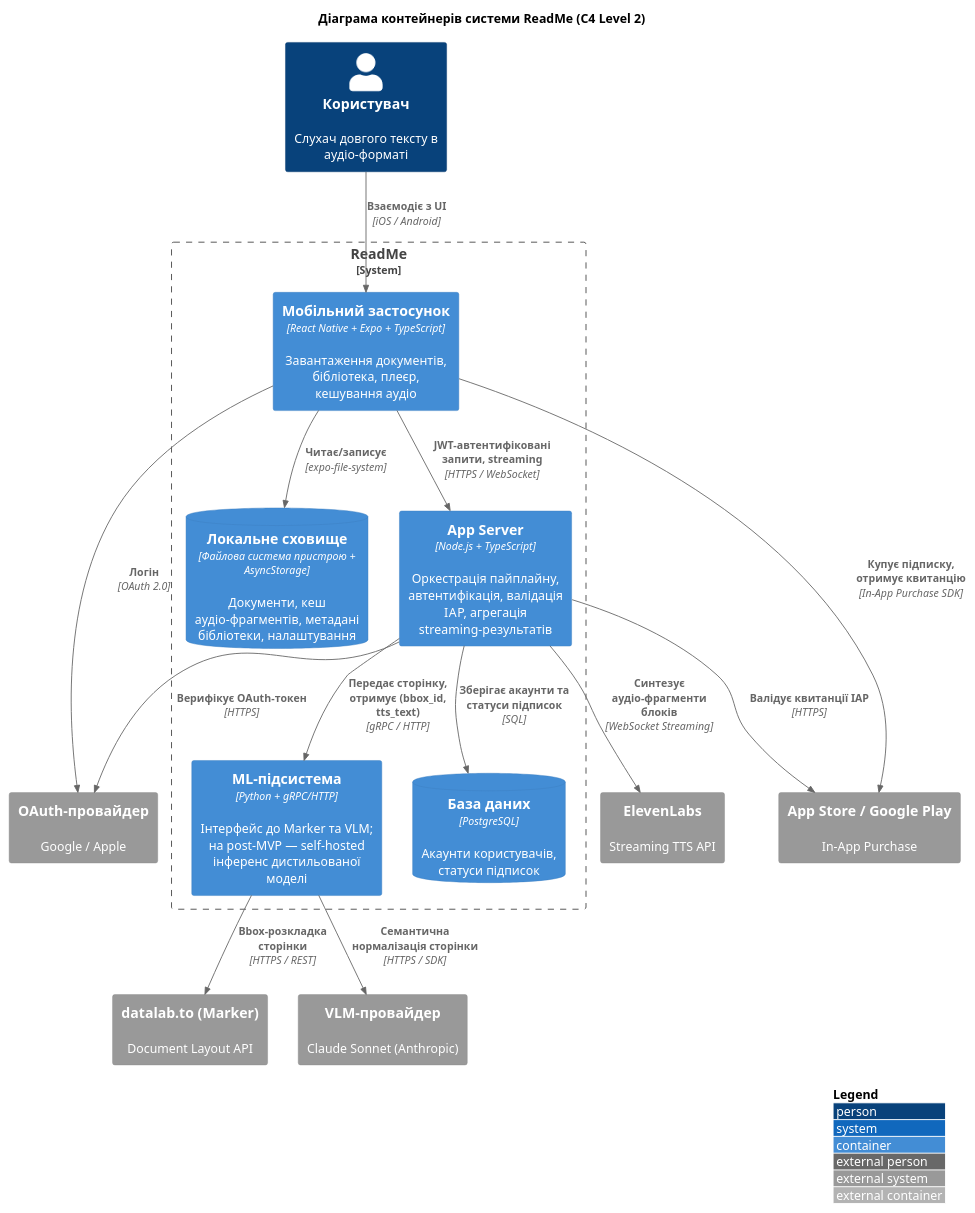
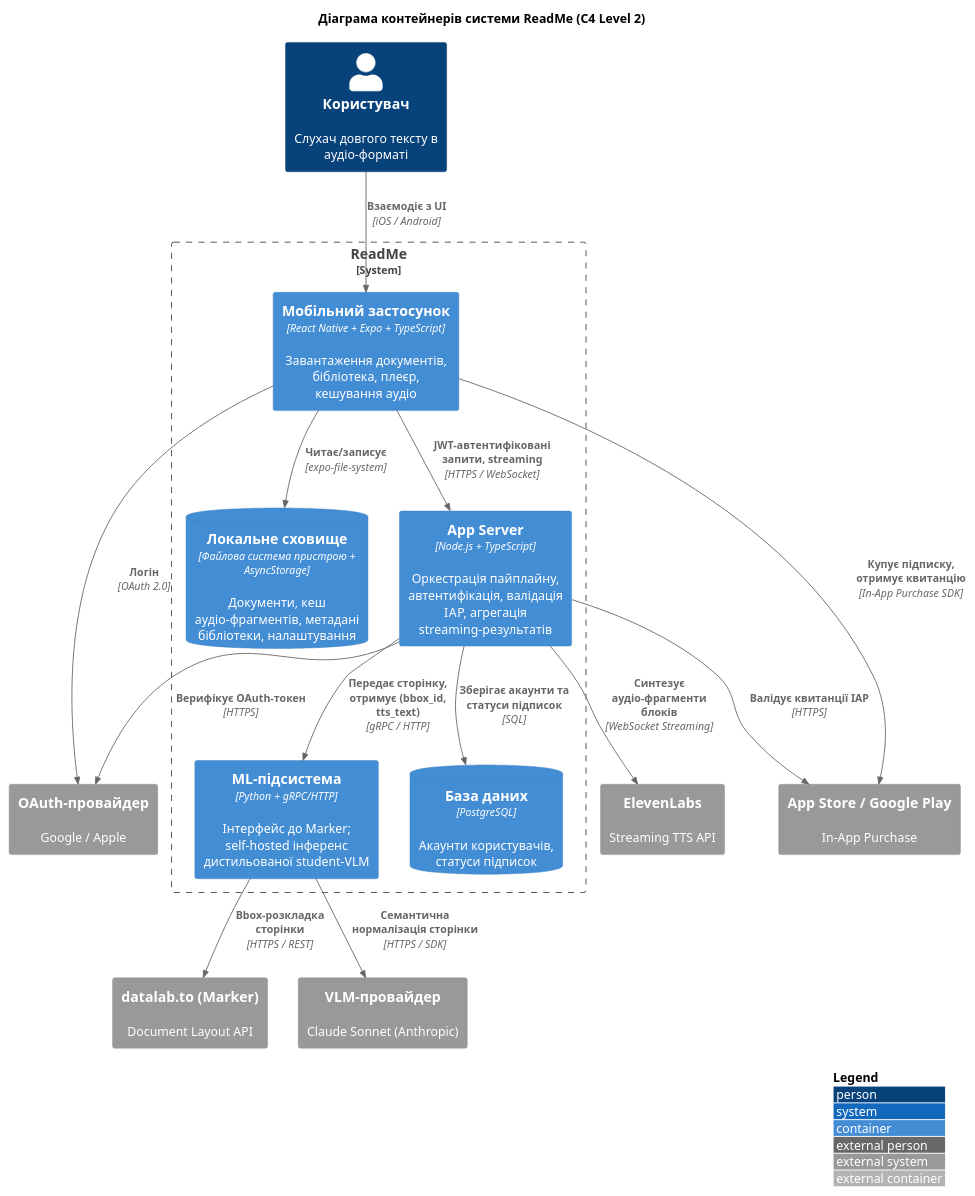
The diagram in docs/paper/assets/c4-l2.puml (Papsanly/readme), drawn with PlantUML before and after one commit. The commit also changed 5 other files, not shown here.

```diff
--- a/docs/paper/assets/c4-l2.puml
+++ b/docs/paper/assets/c4-l2.puml
@@ -1,39 +1,39 @@
 @startuml
 !include https://raw.githubusercontent.com/plantuml-stdlib/C4-PlantUML/master/C4_Container.puml
 
 LAYOUT_WITH_LEGEND()
 title Діаграма контейнерів системи ReadMe (C4 Level 2)
 
 Person(user, "Користувач", "Слухач довгого тексту в аудіо-форматі")
 
 System_Boundary(readme, "ReadMe") {
   Container(mobile, "Мобільний застосунок", "React Native + Expo + TypeScript", "Завантаження документів, бібліотека, плеєр, кешування аудіо")
   ContainerDb(localfs, "Локальне сховище", "Файлова система пристрою + AsyncStorage", "Документи, кеш аудіо-фрагментів, метадані бібліотеки, налаштування")
 
   Container(api, "App Server", "Node.js + TypeScript", "Оркестрація пайплайну, автентифікація, валідація IAP, агрегація streaming-результатів")
-  Container(ml, "ML-підсистема", "Python + gRPC/HTTP", "Інтерфейс до Marker та VLM; на post-MVP — self-hosted інференс дистильованої моделі")
+  Container(ml, "ML-підсистема", "Python + gRPC/HTTP", "Інтерфейс до Marker; self-hosted інференс дистильованої student-VLM")
   ContainerDb(db, "База даних", "PostgreSQL", "Акаунти користувачів, статуси підписок")
 }
 
 System_Ext(elevenlabs, "ElevenLabs", "Streaming TTS API")
 System_Ext(datalab, "datalab.to (Marker)", "Document Layout API")
 System_Ext(vlm, "VLM-провайдер", "Claude Sonnet (Anthropic)")
 System_Ext(oauth, "OAuth-провайдер", "Google / Apple")
 System_Ext(store, "App Store / Google Play", "In-App Purchase")
 
 Rel(user, mobile, "Взаємодіє з UI", "iOS / Android")
 Rel(mobile, localfs, "Читає/записує", "expo-file-system")
 Rel(mobile, api, "JWT-автентифіковані запити, streaming", "HTTPS / WebSocket")
 Rel(mobile, store, "Купує підписку, отримує квитанцію", "In-App Purchase SDK")
 Rel(mobile, oauth, "Логін", "OAuth 2.0")
 
 Rel(api, db, "Зберігає акаунти та статуси підписок", "SQL")
 Rel(api, ml, "Передає сторінку, отримує (bbox_id, tts_text)", "gRPC / HTTP")
 Rel(api, elevenlabs, "Синтезує аудіо-фрагменти блоків", "WebSocket Streaming")
 Rel(api, store, "Валідує квитанції IAP", "HTTPS")
 Rel(api, oauth, "Верифікує OAuth-токен", "HTTPS")
 
 Rel(ml, datalab, "Bbox-розкладка сторінки", "HTTPS / REST")
 Rel(ml, vlm, "Семантична нормалізація сторінки", "HTTPS / SDK")
 
 @enduml
```
